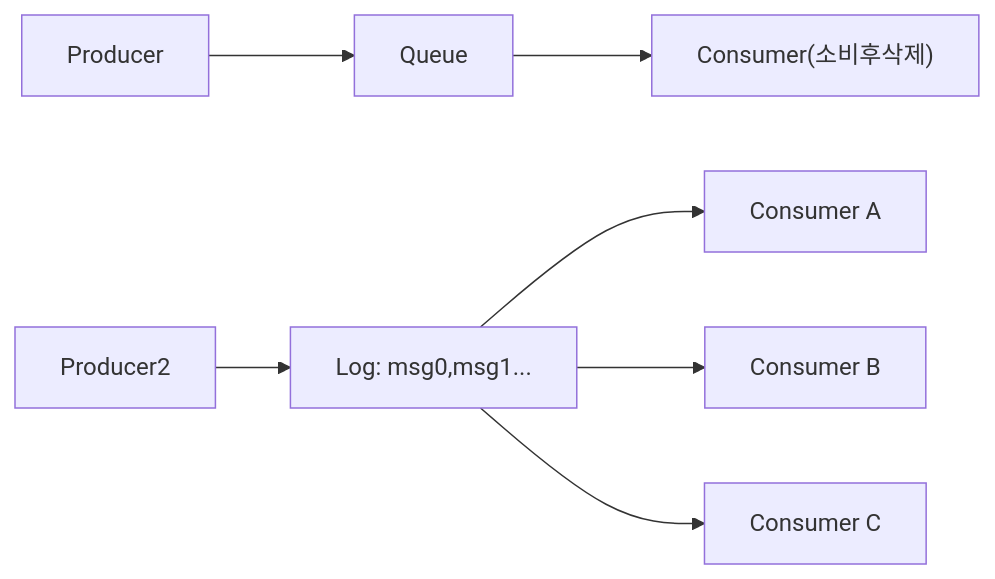
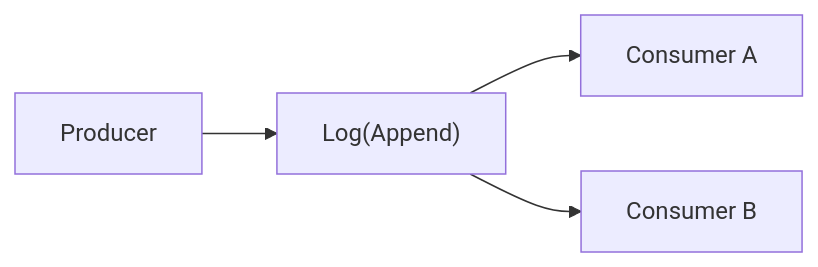
Before and after one commit to yjkim2015/yjkim2015.github.io: the first of 17 diagrams in _posts/kafka/2026-05-01-kafka-fundamentals.md, drawn with Mermaid. The commit also changed other lines of this file and 163 other files, not shown here.

First line of the commit message:
Mermaid 300개 블록 내용 축소: 5노드 5엣지 이하, 의미 있는 약어

````diff
--- a/_posts/kafka/2026-05-01-kafka-fundamentals.md
+++ b/_posts/kafka/2026-05-01-kafka-fundamentals.md
@@ -38,8 +38,6 @@
 ```mermaid
 graph LR
-    P1[Producer] --> Q[Queue] --> C1["Consumer(소비후삭제)"]
-    P2[Producer2] --> LOG["Log: msg0,msg1..."]
+    P["Producer"] --> LOG["Log(Append)"]
     LOG --> CA["Consumer A"]
     LOG --> CB["Consumer B"]
-    LOG --> CC["Consumer C"]
 ```
````
